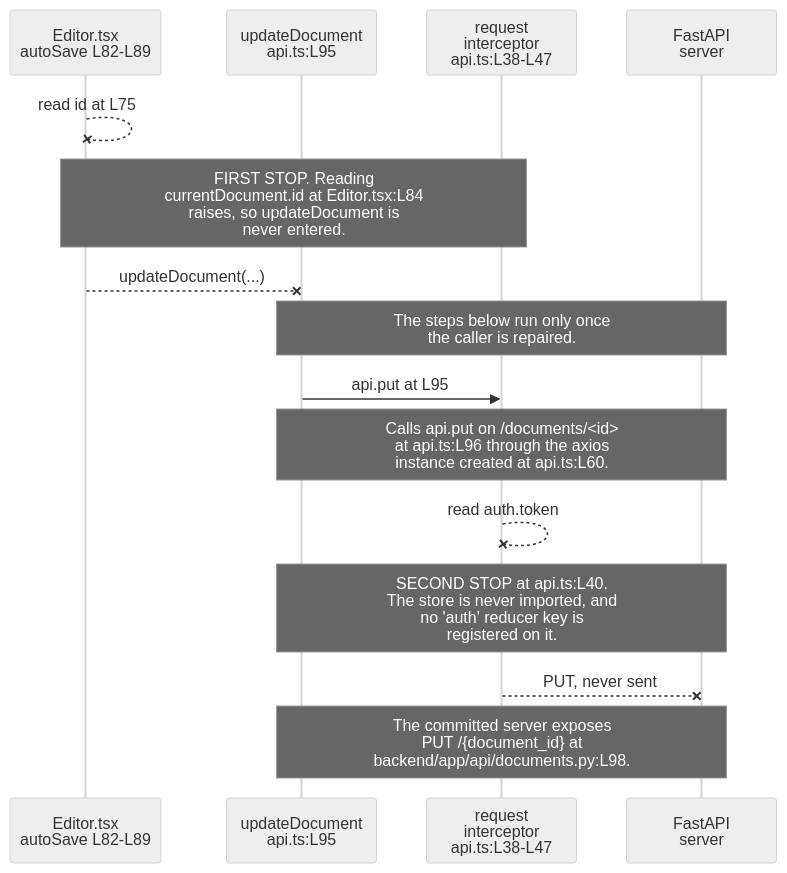
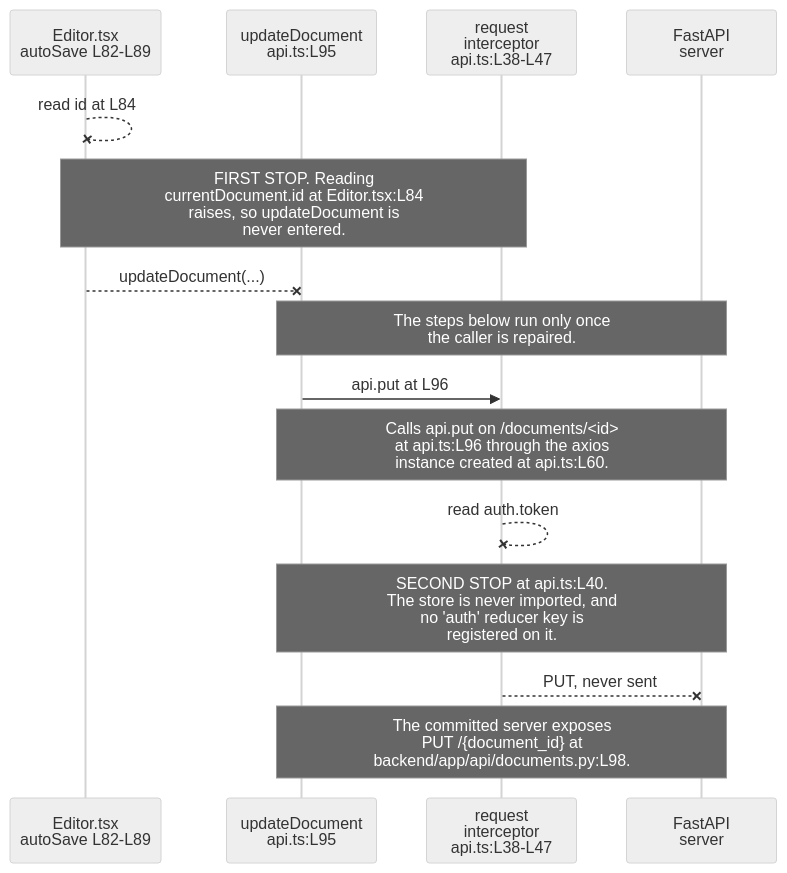
One commit to blitzy-public-samples/microsoft-word-u33ko0 changed the diagram in frontend/src/services/README.md. Above: the diagram before and after it, drawn with Mermaid (neutral theme). The commit also changed other lines of this file and 25 other files, not shown here.

````diff
--- a/frontend/src/services/README.md
+++ b/frontend/src/services/README.md
@@ -79,20 +77,20 @@
 ```mermaid
 sequenceDiagram
     accTitle: A REST call from the editor page through the bearer interceptor
     accDescr: The call stops twice. The argument read raises before updateDocument is entered, and the request interceptor raises because the store is never imported and no auth reducer key exists. The path below the first stop describes intended shape only.
     participant Page as Editor.tsx<br/>autoSave L82-L89
     participant Fn as updateDocument<br/>api.ts:L95
     participant Int as request<br/>interceptor<br/>api.ts:L38-L47
     participant Srv as FastAPI<br/>server
 
-    Page--xPage: read id at L75
+    Page--xPage: read id at L84
     Note over Page,Int: FIRST STOP. Reading<br/>currentDocument.id at Editor.tsx:L84<br/>raises, so updateDocument is<br/>never entered.
     Page--xFn: updateDocument(...)
     Note over Fn,Srv: The steps below run only once<br/>the caller is repaired.
-    Fn->>Int: api.put at L95
+    Fn->>Int: api.put at L96
     Note over Fn,Srv: Calls api.put on /documents/<id><br/>at api.ts:L96 through the axios<br/>instance created at api.ts:L60.
     Int--xInt: read auth.token
     Note over Fn,Srv: SECOND STOP at api.ts:L40.<br/>The store is never imported, and<br/>no 'auth' reducer key is<br/>registered on it.
     Int--xSrv: PUT, never sent
     Note over Fn,Srv: The committed server exposes<br/>PUT /{document_id} at<br/>backend/app/api/documents.py:L98.
 ```
````
